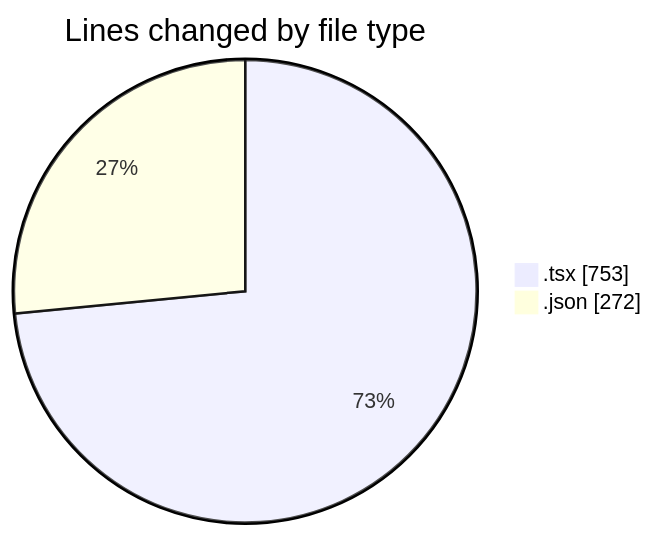
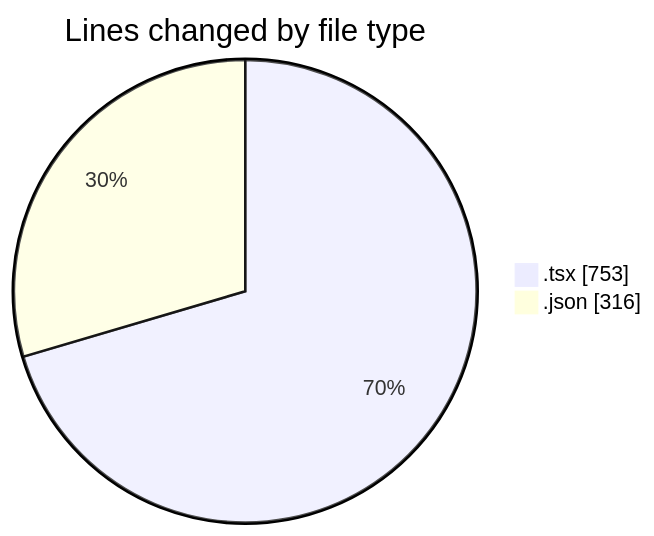
The first of 2 diagrams in 2025-08-13/ribbon/README.md (EIIisD/code-tracking), drawn with Mermaid before and after one commit. The commit also changed other lines of this file and 1 other file, not shown here.

````diff
--- a/2025-08-13/ribbon/README.md
+++ b/2025-08-13/ribbon/README.md
@@ -23,6 +24,6 @@
 ```mermaid
 pie showData
 title Lines changed by file type
 ".tsx" : 753
-".json" : 272
+".json" : 316
 ```
````
